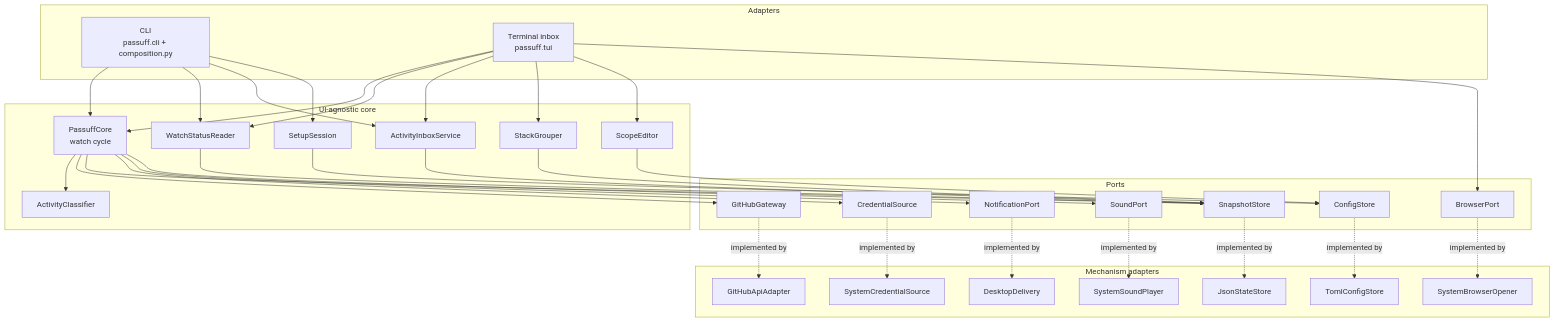
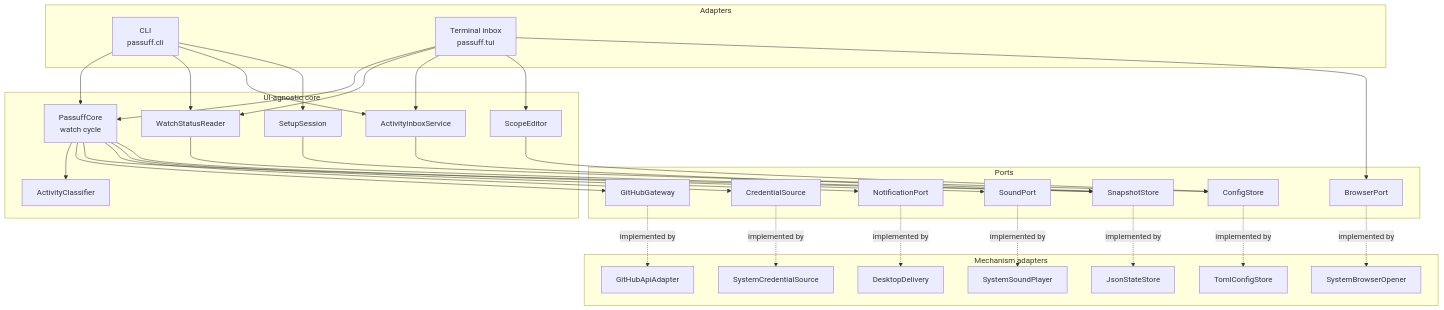
Before and after one commit to buster/passuff: the first of 2 diagrams in givn/changes/python-rebuild/design.md, drawn with Mermaid. The commit also changed other lines of this file and 52 other files, not shown here.

````diff
--- a/givn/changes/python-rebuild/design.md
+++ b/givn/changes/python-rebuild/design.md
@@ -117,62 +117,59 @@
 ```mermaid
 flowchart TB
     subgraph adapters["Adapters"]
-        CLI["CLI<br/>passuff.cli + composition.py"]
+        CLI["CLI<br/>passuff.cli"]
         TUI["Terminal inbox<br/>passuff.tui"]
     end
     subgraph core["UI-agnostic core"]
         CORE["PassuffCore<br/>watch cycle"]
         CLASS["ActivityClassifier"]
         STATUS["WatchStatusReader"]
         INBOX["ActivityInboxService"]
-        STACK["StackGrouper"]
         SCOPE["ScopeEditor"]
         SETUP["SetupSession"]
     end
     subgraph ports["Ports"]
         GH["GitHubGateway"]
         STORE["SnapshotStore"]
         CONFIG["ConfigStore"]
         CRED["CredentialSource"]
         NOTIFY["NotificationPort"]
         SOUND["SoundPort"]
         BROWSER["BrowserPort"]
     end
     subgraph external["Mechanism adapters"]
         GHAPI["GitHubApiAdapter"]
         JSON["JsonStateStore"]
         TOML["TomlConfigStore"]
         CREDS["SystemCredentialSource"]
         DESK["DesktopDelivery"]
         PLAYER["SystemSoundPlayer"]
         OPEN["SystemBrowserOpener"]
     end
     CLI --> CORE
     CLI --> STATUS
     CLI --> INBOX
     CLI --> SETUP
     TUI --> CORE
     TUI --> STATUS
     TUI --> INBOX
-    TUI --> STACK
     TUI --> SCOPE
     TUI --> BROWSER
     CORE --> CLASS
     CORE --> GH
     CORE --> STORE
     CORE --> CRED
     CORE --> NOTIFY
     CORE --> SOUND
     STATUS --> STORE
     INBOX --> STORE
-    STACK --> STORE
     SCOPE --> CONFIG
     SETUP --> CONFIG
     GH -. implemented by .-> GHAPI
     STORE -. implemented by .-> JSON
     CONFIG -. implemented by .-> TOML
     CRED -. implemented by .-> CREDS
     NOTIFY -. implemented by .-> DESK
     SOUND -. implemented by .-> PLAYER
     BROWSER -. implemented by .-> OPEN
 ```
````
